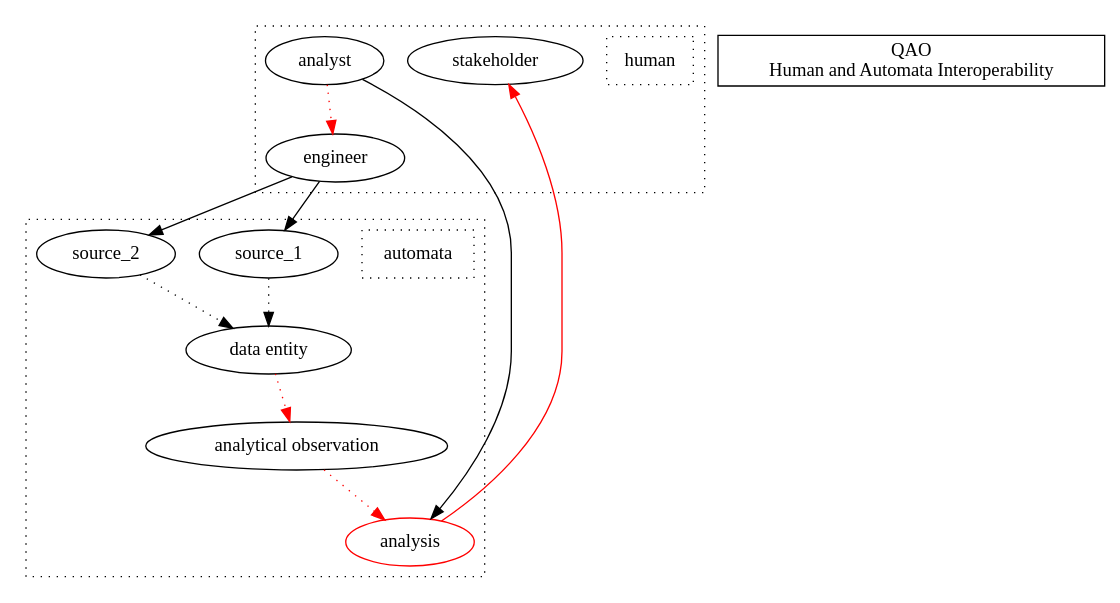
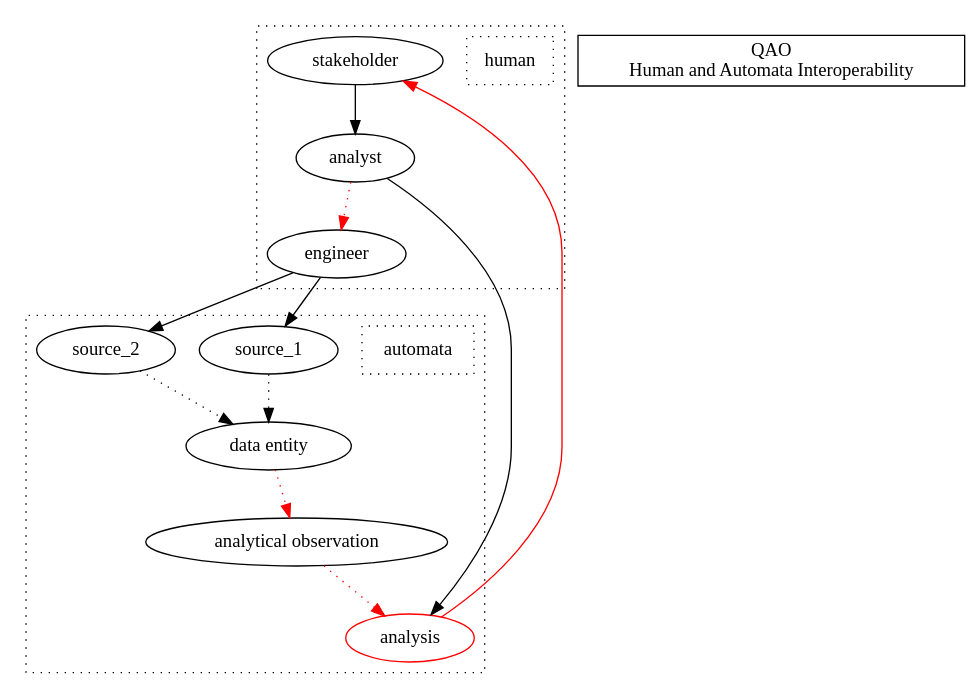
The diagram in qao.qmd (softloud/good-enough), drawn with Graphviz before and after one commit. The commit also changed 1 other file, not shown here.

````diff
--- a/qao.qmd
+++ b/qao.qmd
@@ -166,42 +166,43 @@
 ```{dot}
 digraph G {
     
   subgraph cluster_data {
     style = dotted
 
     automata [style = "dotted", shape = box]
 
     join [label="data entity"]
     output [label="analytical observation"]
     analysis [color=red]
 
     source_1 -> join [style=dotted]
     source_2 -> join [style=dotted]
     join -> output [color = red, style=dotted]
     output -> analysis [color = red, style=dotted]
 
   }
 
   subgraph cluster_human {
     style = dotted
     human [style = "dotted", shape = box]
       
     engineer
     analyst
     stakeholder
     
     analyst -> engineer [style=dotted, color=red]
+    stakeholder  ->  analyst
     
   }
 
   engineer -> source_1  
   engineer -> source_2
   analyst -> analysis 
   analysis -> stakeholder [color=red]
   
   title [shape = box, label = "QAO\nHuman and Automata Interoperability", sytle = dashed]
   
 }
 
 
 ```
````
